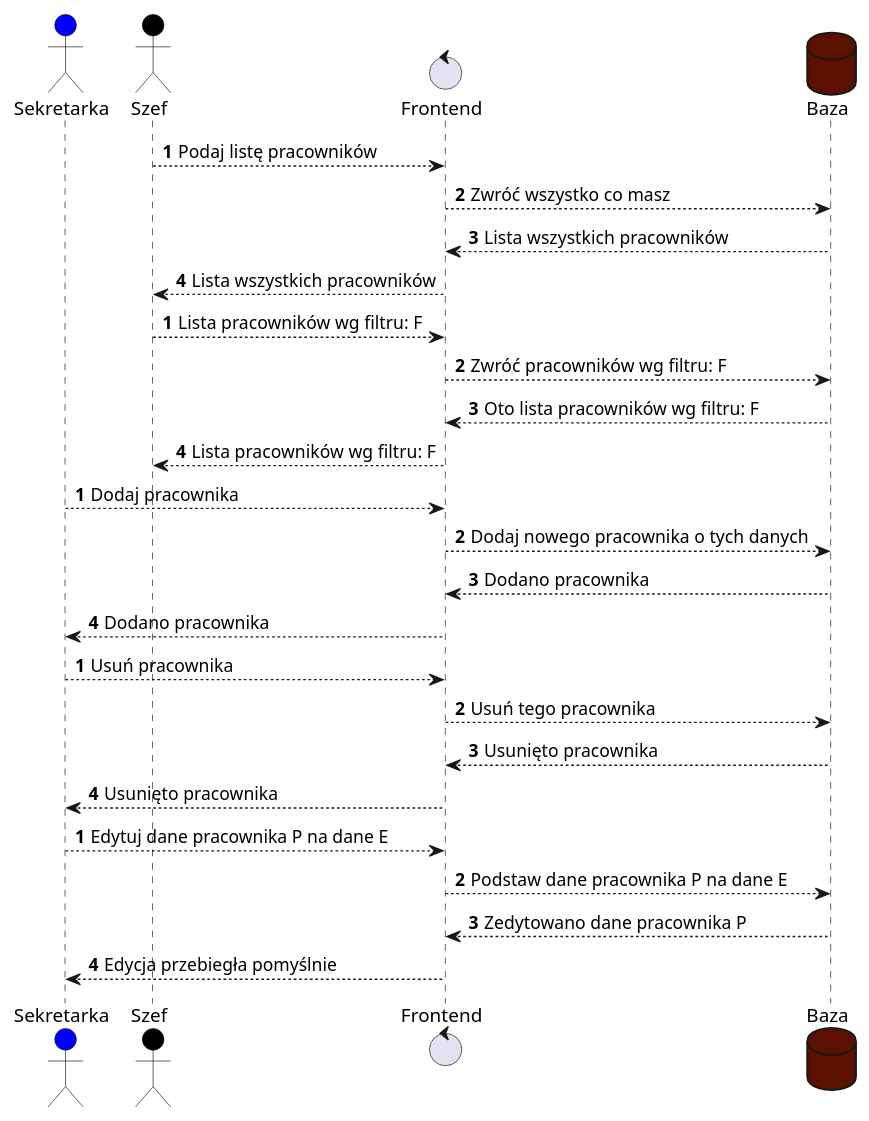
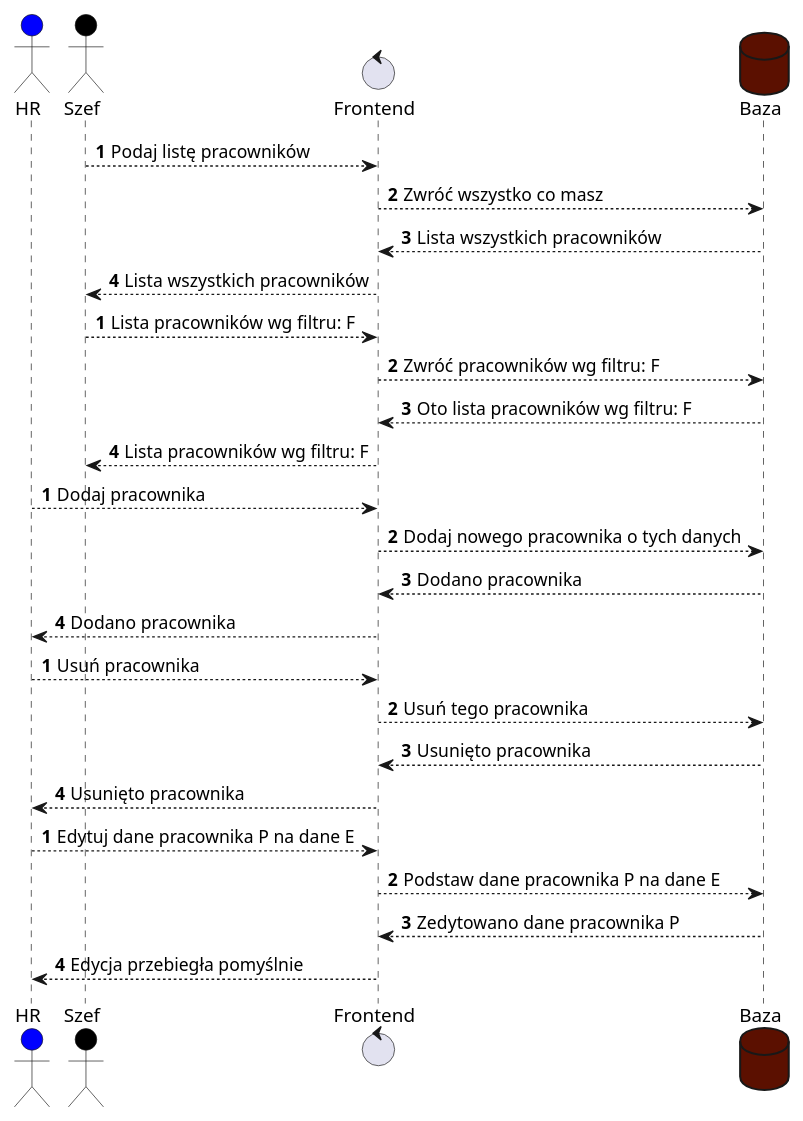
Before and after one commit to beagleman777/ProjektPO2024: the diagram in Diagram.puml, drawn with PlantUML. The commit also changed 7 other files, not shown here.

```diff
--- a/Diagram.puml
+++ b/Diagram.puml
@@ -1,45 +1,45 @@
 @startuml
 'https://plantuml.com/sequence-diagram
 
 
-actor Sekretarka #blue
+actor HR #blue
 actor Szef #black
 control Frontend
 database Baza #5B1000
 
 autonumber 1
 
 Szef --> Frontend: Podaj listę pracowników
 Frontend --> Baza: Zwróć wszystko co masz
 Frontend <-- Baza: Lista wszystkich pracowników
 Szef <-- Frontend: Lista wszystkich pracowników
 
 autonumber 1
 
 Szef --> Frontend: Lista pracowników wg filtru: F
 Frontend --> Baza: Zwróć pracowników wg filtru: F
 Frontend <-- Baza: Oto lista pracowników wg filtru: F
 Szef <-- Frontend: Lista pracowników wg filtru: F
 
 autonumber 1
 
-Sekretarka --> Frontend: Dodaj pracownika
+HR --> Frontend: Dodaj pracownika
 Frontend --> Baza: Dodaj nowego pracownika o tych danych
 Frontend <-- Baza: Dodano pracownika
-Sekretarka <-- Frontend: Dodano pracownika
+HR <-- Frontend: Dodano pracownika
 
 autonumber 1
 
-Sekretarka --> Frontend: Usuń pracownika
+HR --> Frontend: Usuń pracownika
 Frontend --> Baza: Usuń tego pracownika
 Frontend <-- Baza: Usunięto pracownika
-Sekretarka <-- Frontend: Usunięto pracownika
+HR <-- Frontend: Usunięto pracownika
 
 autonumber 1
 
-Sekretarka --> Frontend: Edytuj dane pracownika P na dane E
+HR --> Frontend: Edytuj dane pracownika P na dane E
 Frontend --> Baza: Podstaw dane pracownika P na dane E
 Frontend <-- Baza: Zedytowano dane pracownika P
-Sekretarka <-- Frontend: Edycja przebiegła pomyślnie
+HR <-- Frontend: Edycja przebiegła pomyślnie
 
 @enduml
```
